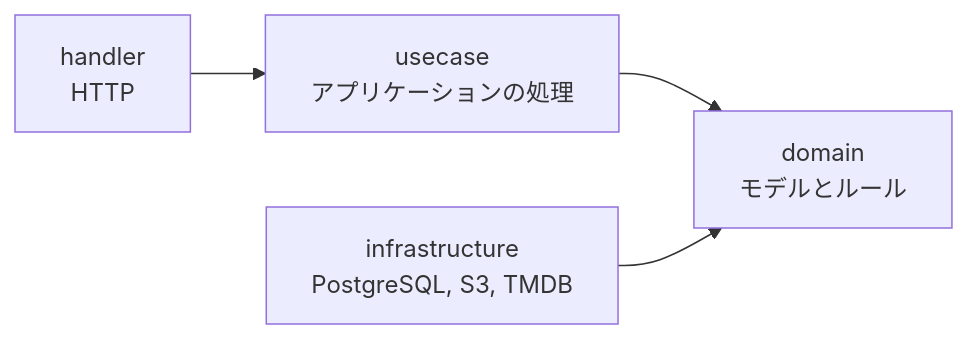
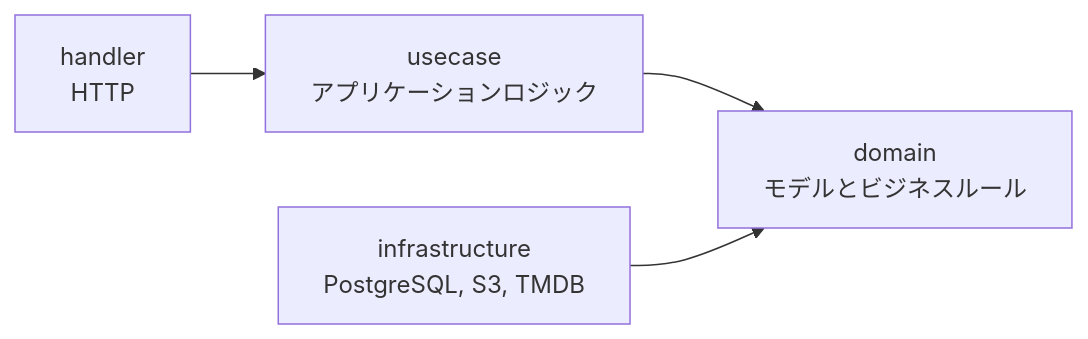
The second of 3 diagrams in README.ja.md (masaya-nishimura-09/movie-log-api), drawn with Mermaid before and after one commit. The commit also changed other lines of this file and 1 other file, not shown here.

Commit message:
docs: update README for clarity and accuracy, including architecture and feature descriptions

````diff
--- a/README.ja.md
+++ b/README.ja.md
@@ -32,6 +36,6 @@
 ```mermaid
 flowchart LR
-    handler["handler<br/>HTTP"] --> usecase["usecase<br/>アプリケーションの処理"]
-    usecase --> domain["domain<br/>モデルとルール"]
+    handler["handler<br/>HTTP"] --> usecase["usecase<br/>アプリケーションロジック"]
+    usecase --> domain["domain<br/>モデルとビジネスルール"]
     infrastructure["infrastructure<br/>PostgreSQL, S3, TMDB"] --> domain
 ```
````
